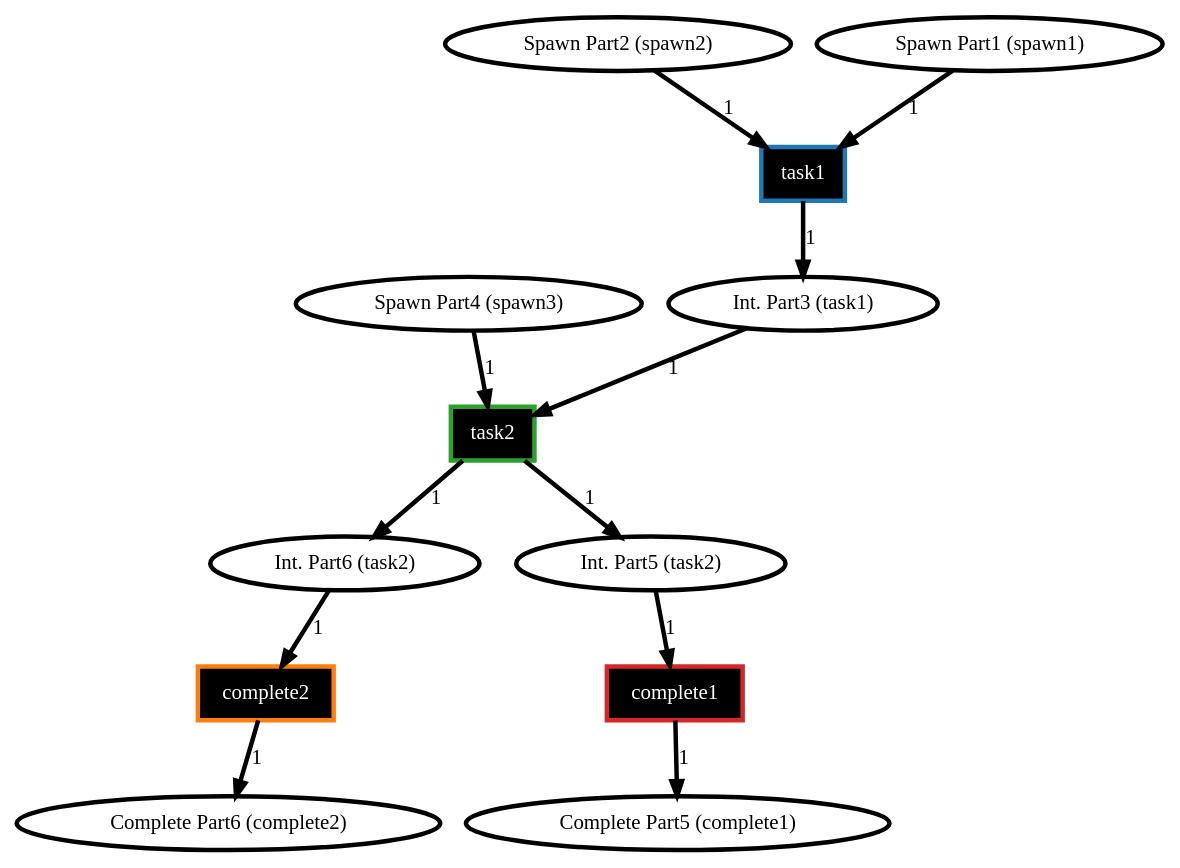
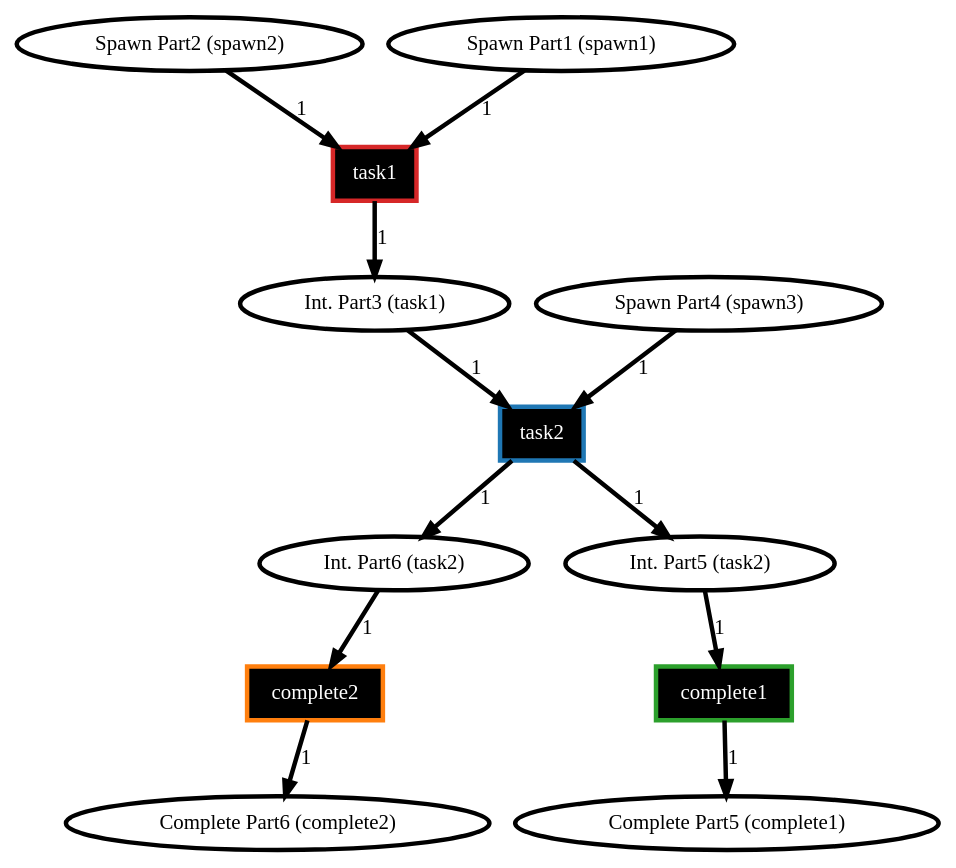
The diagram in basic.dot (Wisc-HCI/allocobot), drawn with Graphviz before and after one commit. The commit also changed 17 other files, not shown here.

```diff
--- a/basic.dot
+++ b/basic.dot
@@ -1,38 +1,38 @@
 digraph Job_1 {
 // Place Int. Part6 (task2)
-	207977322566779479179776193103645023769 [label="Int. Part6 (task2)",style=filled,fillcolor="#FFFFFF",penwidth=3];
+	307790188946364932788912843437583014548 [label="Int. Part6 (task2)",style=filled,fillcolor="#FFFFFF",penwidth=3];
+// Place Complete Part5 (complete1)
+	168348448859186881294050846221836909186 [label="Complete Part5 (complete1)",style=filled,fillcolor="#FFFFFF",penwidth=3];
 // Place Spawn Part2 (spawn2)
-	63018974869288933728985023870163840710 [label="Spawn Part2 (spawn2)",style=filled,fillcolor="#FFFFFF",penwidth=3];
+	206132300417362040782814099587115970069 [label="Spawn Part2 (spawn2)",style=filled,fillcolor="#FFFFFF",penwidth=3];
+// Place Spawn Part1 (spawn1)
+	29402616274774162396875940427114218310 [label="Spawn Part1 (spawn1)",style=filled,fillcolor="#FFFFFF",penwidth=3];
+// Place Complete Part6 (complete2)
+	261999629232151607839474799225425085778 [label="Complete Part6 (complete2)",style=filled,fillcolor="#FFFFFF",penwidth=3];
+// Place Int. Part3 (task1)
+	118040649044161235406705543319485849814 [label="Int. Part3 (task1)",style=filled,fillcolor="#FFFFFF",penwidth=3];
 // Place Spawn Part4 (spawn3)
-	184981442229250902479746046818993636492 [label="Spawn Part4 (spawn3)",style=filled,fillcolor="#FFFFFF",penwidth=3];
-// Place Complete Part6 (complete2)
-	134948607320230549856773499933025651462 [label="Complete Part6 (complete2)",style=filled,fillcolor="#FFFFFF",penwidth=3];
-// Place Spawn Part1 (spawn1)
-	199868211828822038842688476800673532440 [label="Spawn Part1 (spawn1)",style=filled,fillcolor="#FFFFFF",penwidth=3];
-// Place Int. Part3 (task1)
-	128816871634388558649222932144743341395 [label="Int. Part3 (task1)",style=filled,fillcolor="#FFFFFF",penwidth=3];
-// Place Complete Part5 (complete1)
-	301213248837117333074977687146648545557 [label="Complete Part5 (complete1)",style=filled,fillcolor="#FFFFFF",penwidth=3];
+	179238408374423402210785531099835588665 [label="Spawn Part4 (spawn3)",style=filled,fillcolor="#FFFFFF",penwidth=3];
 // Place Int. Part5 (task2)
-	98992170675476233448095949051941850281 [label="Int. Part5 (task2)",style=filled,fillcolor="#FFFFFF",penwidth=3];
+	125244899020855449088186689320671217960 [label="Int. Part5 (task2)",style=filled,fillcolor="#FFFFFF",penwidth=3];
+// Transition task2
+	154171668168412175603150017946216013204 [label="task2",shape=box,style=filled,fillcolor="#000000",fontcolor="#FFFFFF",color="#1F77B4",penwidth=3];
+// Transition complete2
+	239169949707543033448997077869586547192 [label="complete2",shape=box,style=filled,fillcolor="#000000",fontcolor="#FFFFFF",color="#FF7F0E",penwidth=3];
+// Transition complete1
+	127535771673013352761591959787410124733 [label="complete1",shape=box,style=filled,fillcolor="#000000",fontcolor="#FFFFFF",color="#2CA02C",penwidth=3];
 // Transition task1
-	162387685858903302086683195393881758606 [label="task1",shape=box,style=filled,fillcolor="#000000",fontcolor="#FFFFFF",color="#1F77B4",penwidth=3];
-// Transition complete2
-	145709053781521827266114712554681845744 [label="complete2",shape=box,style=filled,fillcolor="#000000",fontcolor="#FFFFFF",color="#FF7F0E",penwidth=3];
-// Transition task2
-	26365149019378388333821904493890224378 [label="task2",shape=box,style=filled,fillcolor="#000000",fontcolor="#FFFFFF",color="#2CA02C",penwidth=3];
-// Transition complete1
-	289521498187609716337719093244377784723 [label="complete1",shape=box,style=filled,fillcolor="#000000",fontcolor="#FFFFFF",color="#D62728",penwidth=3];
-	63018974869288933728985023870163840710 -> 162387685858903302086683195393881758606 [label="1",color="#000000",penwidth=3];
-	199868211828822038842688476800673532440 -> 162387685858903302086683195393881758606 [label="1",color="#000000",penwidth=3];
-	162387685858903302086683195393881758606 -> 128816871634388558649222932144743341395 [label="1",color="#000000",penwidth=3];
-	207977322566779479179776193103645023769 -> 145709053781521827266114712554681845744 [label="1",color="#000000",penwidth=3];
-	145709053781521827266114712554681845744 -> 134948607320230549856773499933025651462 [label="1",color="#000000",penwidth=3];
-	184981442229250902479746046818993636492 -> 26365149019378388333821904493890224378 [label="1",color="#000000",penwidth=3];
-	128816871634388558649222932144743341395 -> 26365149019378388333821904493890224378 [label="1",color="#000000",penwidth=3];
-	26365149019378388333821904493890224378 -> 98992170675476233448095949051941850281 [label="1",color="#000000",penwidth=3];
-	26365149019378388333821904493890224378 -> 207977322566779479179776193103645023769 [label="1",color="#000000",penwidth=3];
-	98992170675476233448095949051941850281 -> 289521498187609716337719093244377784723 [label="1",color="#000000",penwidth=3];
-	289521498187609716337719093244377784723 -> 301213248837117333074977687146648545557 [label="1",color="#000000",penwidth=3];
+	220224905875699888848863235993726904392 [label="task1",shape=box,style=filled,fillcolor="#000000",fontcolor="#FFFFFF",color="#D62728",penwidth=3];
+	118040649044161235406705543319485849814 -> 154171668168412175603150017946216013204 [label="1",color="#000000",penwidth=3];
+	179238408374423402210785531099835588665 -> 154171668168412175603150017946216013204 [label="1",color="#000000",penwidth=3];
+	154171668168412175603150017946216013204 -> 125244899020855449088186689320671217960 [label="1",color="#000000",penwidth=3];
+	154171668168412175603150017946216013204 -> 307790188946364932788912843437583014548 [label="1",color="#000000",penwidth=3];
+	307790188946364932788912843437583014548 -> 239169949707543033448997077869586547192 [label="1",color="#000000",penwidth=3];
+	239169949707543033448997077869586547192 -> 261999629232151607839474799225425085778 [label="1",color="#000000",penwidth=3];
+	125244899020855449088186689320671217960 -> 127535771673013352761591959787410124733 [label="1",color="#000000",penwidth=3];
+	127535771673013352761591959787410124733 -> 168348448859186881294050846221836909186 [label="1",color="#000000",penwidth=3];
+	29402616274774162396875940427114218310 -> 220224905875699888848863235993726904392 [label="1",color="#000000",penwidth=3];
+	206132300417362040782814099587115970069 -> 220224905875699888848863235993726904392 [label="1",color="#000000",penwidth=3];
+	220224905875699888848863235993726904392 -> 118040649044161235406705543319485849814 [label="1",color="#000000",penwidth=3];
 overlap=false
 }
```
